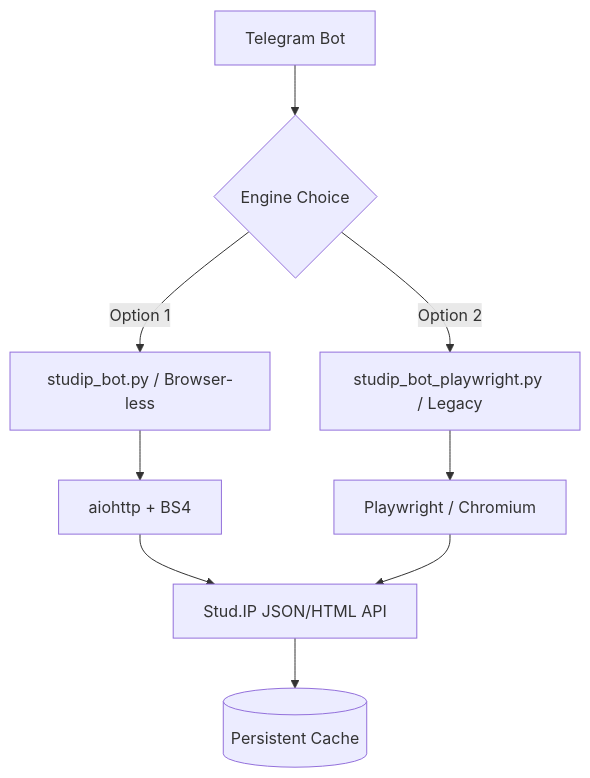
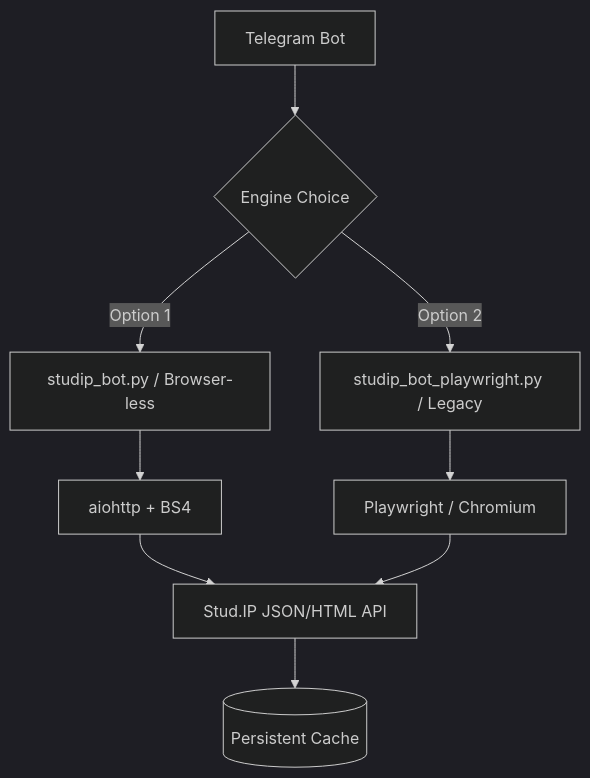
Before and after one commit to ofurkancoban/UniOldenburgStudyAssistantBot: the diagram in README.md, drawn with Mermaid.

Commit message:
UI: Apply dark theme to Mermaid architecture diagram

````diff
--- a/README.md
+++ b/README.md
@@ -107,11 +107,12 @@
 ```mermaid
+%%{init: {'theme': 'dark'}}%%
 graph TD
     A[Telegram Bot] --> B{Engine Choice}
     B -->|Option 1| C[studip_bot.py / Browser-less]
     B -->|Option 2| D[studip_bot_playwright.py / Legacy]
     C --> E[aiohttp + BS4]
     D --> F[Playwright / Chromium]
     E --> G[Stud.IP JSON/HTML API]
     F --> G
     G --> H[(Persistent Cache)]
 ```
````
